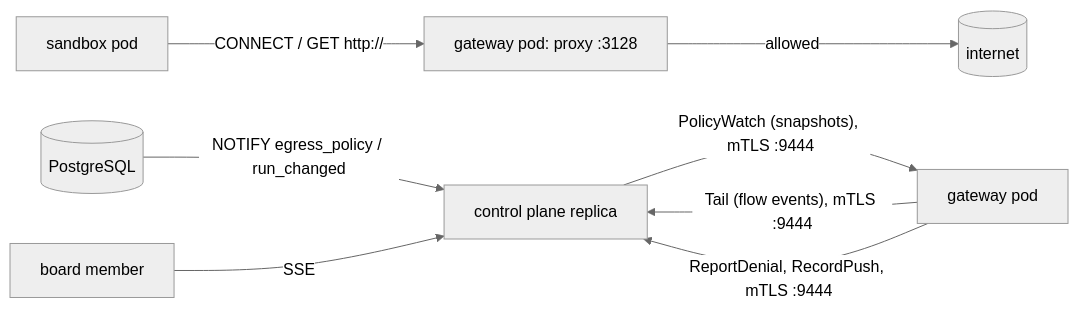
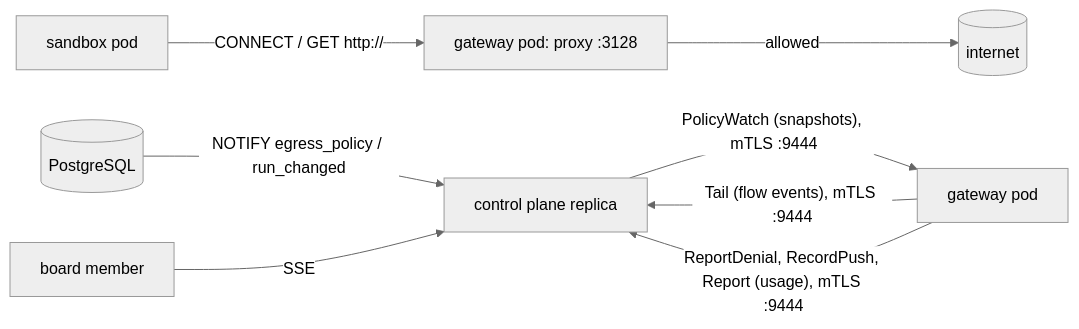
One commit to prskr/dark-factory changed the first of 2 diagrams in crates/df-gateway/README.md. Above: the diagram before and after it, drawn with Mermaid (neutral theme). The commit also changed other lines of this file and 196 other files, not shown here.

````diff
--- a/crates/df-gateway/README.md
+++ b/crates/df-gateway/README.md
@@ -7,10 +7,10 @@
 ```mermaid
 flowchart LR
     S[sandbox pod] -- "CONNECT / GET http://" --> P[gateway pod: proxy :3128]
     P -- allowed --> I[(internet)]
     CP[control plane replica] -- "PolicyWatch (snapshots), mTLS :9444" --> G[gateway pod]
     G -- "Tail (flow events), mTLS :9444" --> CP
-    G -- "ReportDenial, RecordPush, mTLS :9444" --> CP
+    G -- "ReportDenial, RecordPush, Report (usage), mTLS :9444" --> CP
     DB[(PostgreSQL)] -- "NOTIFY egress_policy / run_changed" --> CP
     UI[board member] -- SSE --> CP
 ```
````
